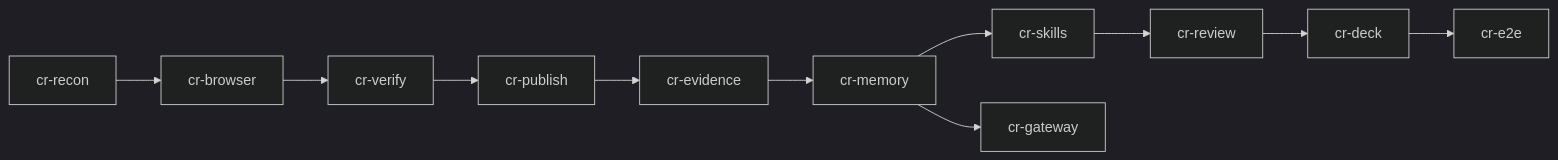
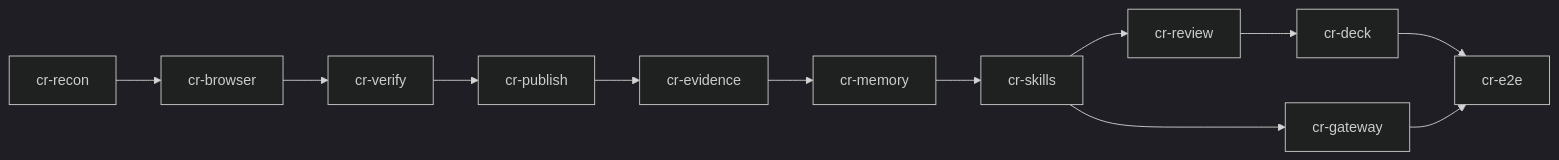
The diagram in docs/plan/curriculum-runtime.md (jayleekr/hypeproof-studio), drawn with Mermaid (dark theme) before and after one commit. The commit also changed other lines of this file and 10 other files, not shown here.

````diff
--- a/docs/plan/curriculum-runtime.md
+++ b/docs/plan/curriculum-runtime.md
@@ -30,6 +30,6 @@
 ```mermaid
 graph LR
   recon[cr-recon] --> browser[cr-browser] --> verify[cr-verify] --> publish[cr-publish] --> evidence[cr-evidence] --> memory[cr-memory]
   memory --> skills[cr-skills] --> review[cr-review] --> deck[cr-deck] --> e2e[cr-e2e]
-  memory --> gateway[cr-gateway]
+  skills --> gateway[cr-gateway] --> e2e
 ```
````
